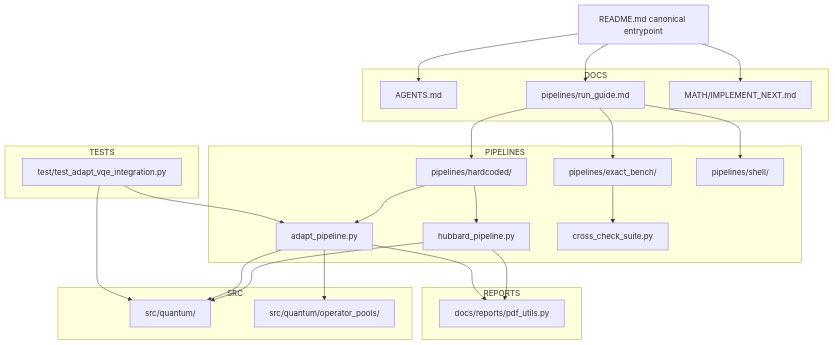
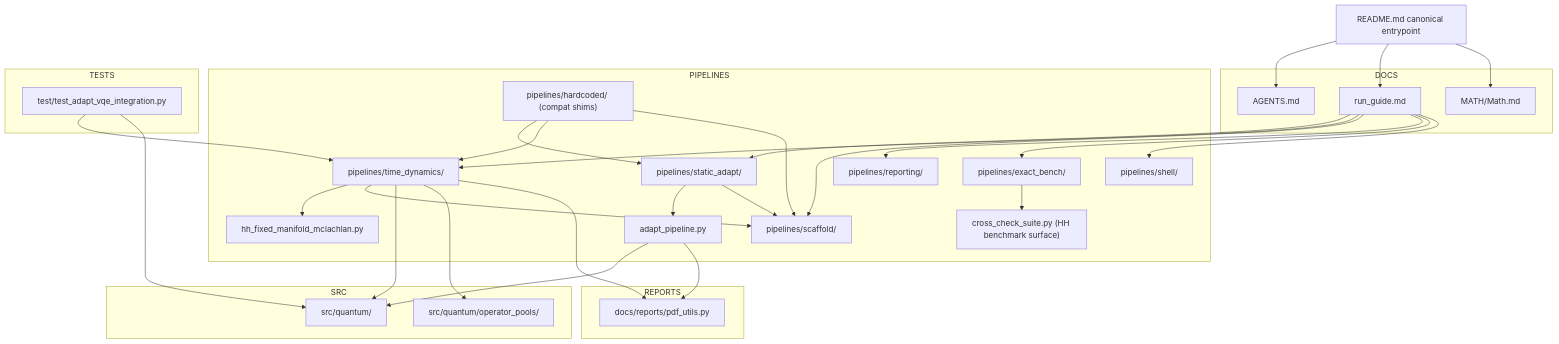
The first of 2 diagrams in README.md (jacopos86/qdynamics), drawn with Mermaid before and after one commit. The commit also changed other lines of this file and 155 other files, not shown here.

````diff
--- a/README.md
+++ b/README.md
@@ -90,53 +77,65 @@
 ```mermaid
 graph TB
   R["README.md canonical entrypoint"]
 
   subgraph DOCS
     D1["AGENTS.md"]
-    D2["pipelines/run_guide.md"]
-    D3["MATH/IMPLEMENT_NEXT.md"]
+    D2["run_guide.md"]
+    D3["MATH/Math.md"]
   end
 
   subgraph SRC
     S0["src/quantum/"]
     S1["src/quantum/operator_pools/"]
   end
 
   subgraph PIPELINES
-    P0["pipelines/hardcoded/"]
-    P1["hubbard_pipeline.py"]
-    P2["adapt_pipeline.py"]
-    P3["pipelines/exact_bench/"]
-    P4["cross_check_suite.py"]
-    P5["pipelines/shell/"]
+    P0["pipelines/static_adapt/"]
+    P1["adapt_pipeline.py"]
+    P2["pipelines/time_dynamics/"]
+    P3["hh_fixed_manifold_mclachlan.py"]
+    P4["pipelines/scaffold/"]
+    P5["pipelines/hardcoded/ (compat shims)"]
+    P6["pipelines/reporting/"]
+    P7["pipelines/exact_bench/"]
+    P8["cross_check_suite.py (HH benchmark surface)"]
+    P9["pipelines/shell/"]
   end
 
   subgraph REPORTS
     RP0["docs/reports/pdf_utils.py"]
   end
 
   subgraph TESTS
     T0["test/test_adapt_vqe_integration.py"]
   end
 
   R --> D1
   R --> D2
   R --> D3
 
   D2 --> P0
-  D2 --> P3
-  D2 --> P5
+  D2 --> P2
+  D2 --> P4
+  D2 --> P6
+  D2 --> P7
+  D2 --> P9
 
   P0 --> P1
-  P0 --> P2
-  P3 --> P4
+  P2 --> P3
+  P0 --> P4
+  P2 --> P4
+  P5 --> P0
+  P5 --> P2
+  P5 --> P4
+  P7 --> P8
 
   P1 --> S0
   P2 --> S0
   P2 --> S1
   P1 --> RP0
   P2 --> RP0
 
   T0 --> P2
   T0 --> S0
 ```
````
